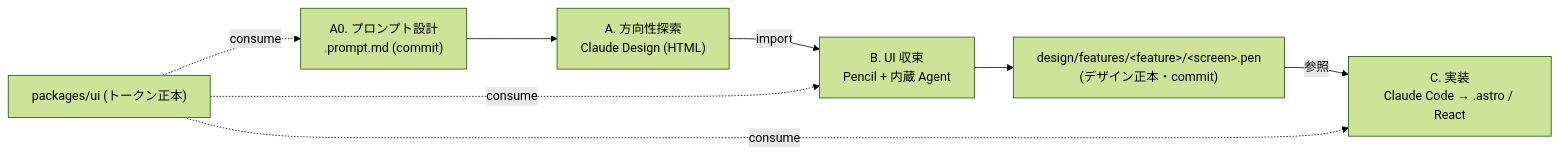
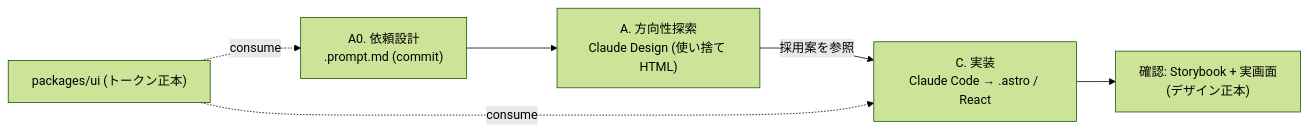
One commit to Fukuemon/kufu-apps changed the diagram in context/design-workflow.md. Above: the diagram before and after it, drawn with Mermaid (forest theme). The commit also changed other lines of this file and 19 other files, not shown here.

First line of the commit message:
docs(core): #31 design-workflow を改訂し .pen 関連成果物を削除

````diff
--- a/context/design-workflow.md
+++ b/context/design-workflow.md
@@ -23,8 +19,7 @@
 ```mermaid
 flowchart LR
-  A0["A0. プロンプト設計<br/>.prompt.md (commit)"] --> A["A. 方向性探索<br/>Claude Design (HTML)"]
-  A -->|import| B["B. UI 収束<br/>Pencil + 内蔵 Agent"]
-  B --> PEN["design/features/&lt;feature&gt;/&lt;screen&gt;.pen<br/>(デザイン正本・commit)"]
-  PEN -->|参照| C["C. 実装<br/>Claude Code → .astro / React"]
-  PUI["packages/ui (トークン正本)"] -.consume.-> A0 & B & C
+  A0["A0. 依頼設計<br/>.prompt.md (commit)"] --> A["A. 方向性探索<br/>Claude Design (使い捨て HTML)"]
+  A -->|採用案を参照| C["C. 実装<br/>Claude Code → .astro / React"]
+  C --> SB["確認: Storybook + 実画面<br/>(デザイン正本)"]
+  PUI["packages/ui (トークン正本)"] -.consume.-> A0 & C
 ```
````
